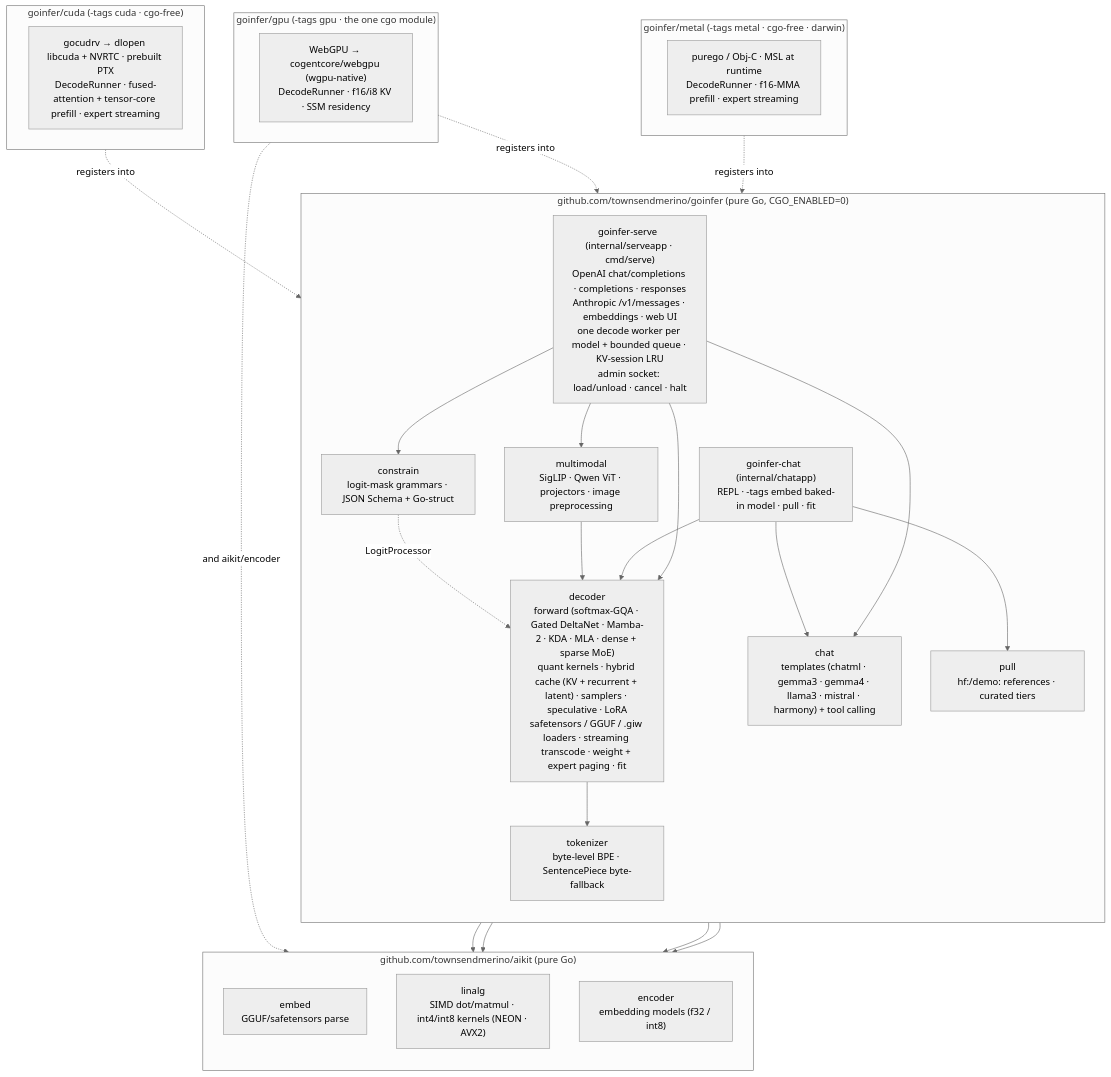
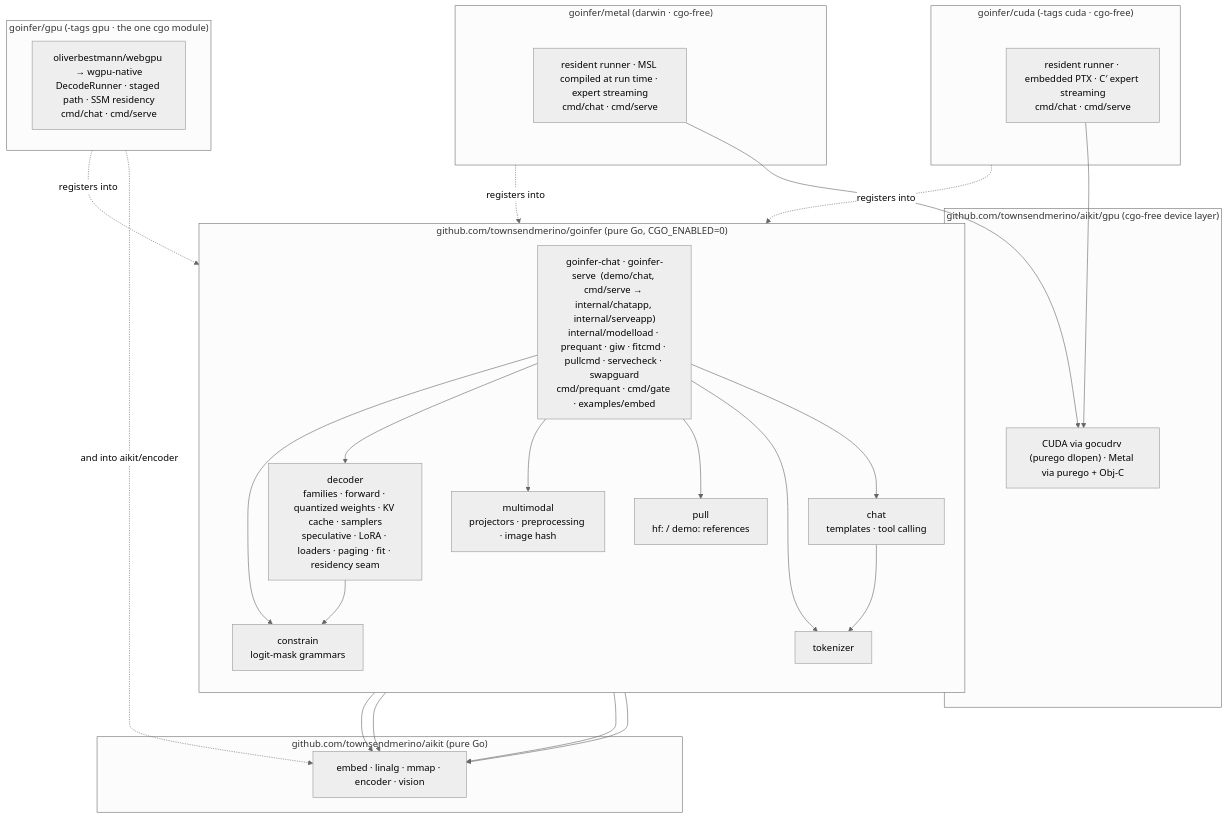
One commit to townsendmerino/goinfer changed the fourth of 4 diagrams in docs/ARCHITECTURE.md. Above: the diagram before and after it, drawn with Mermaid (neutral theme). The commit also changed other lines of this file and 9 other files, not shown here.

````diff
--- a/docs/ARCHITECTURE.md
+++ b/docs/ARCHITECTURE.md
@@ -236,50 +836,46 @@
 ```mermaid
 flowchart TB
-  subgraph GOINFER["github.com/townsendmerino/goinfer  (pure Go, CGO_ENABLED=0)"]
+  subgraph ROOT["github.com/townsendmerino/goinfer  (pure Go, CGO_ENABLED=0)"]
     direction TB
-    DEC["decoder<br/>forward (softmax-GQA · Gated DeltaNet · Mamba-2 · KDA · MLA · dense + sparse MoE)<br/>quant kernels · hybrid cache (KV + recurrent + latent) · samplers · speculative · LoRA<br/>safetensors / GGUF / .giw loaders · streaming transcode · weight + expert paging · fit"]
-    TKN["tokenizer<br/>byte-level BPE · SentencePiece byte-fallback"]
-    CON["constrain<br/>logit-mask grammars · JSON Schema + Go-struct"]
-    CHT["chat<br/>templates (chatml · gemma3 · gemma4 · llama3 · mistral · harmony) + tool calling"]
-    MM["multimodal<br/>SigLIP · Qwen ViT · projectors · image preprocessing"]
-    PULL["pull<br/>hf:/demo: references · curated tiers"]
-    CHAT["goinfer-chat  (internal/chatapp)<br/>REPL · -tags embed baked-in model · pull · fit"]
-    SRV["goinfer-serve  (internal/serveapp · cmd/serve)<br/>OpenAI chat/completions · completions · responses<br/>Anthropic /v1/messages · embeddings · web UI<br/>one decode worker per model + bounded queue · KV-session LRU<br/>admin socket: load/unload · cancel · halt"]
-    DEC --> TKN
-    CON -. "LogitProcessor" .-> DEC
-    MM --> DEC
-    CHAT --> DEC
-    CHAT --> CHT
-    CHAT --> PULL
-    SRV --> DEC
-    SRV --> CHT
-    SRV --> CON
-    SRV --> MM
+    APPS["goinfer-chat · goinfer-serve  (demo/chat, cmd/serve → internal/chatapp, internal/serveapp)<br/>internal/modelload · prequant · giw · fitcmd · pullcmd · servecheck · swapguard<br/>cmd/prequant · cmd/gate · examples/embed"]
+    DEC["decoder<br/>families · forward · quantized weights · KV cache · samplers<br/>speculative · LoRA · loaders · paging · fit · residency seam"]
+    TKN["tokenizer"]
+    CHT["chat<br/>templates · tool calling"]
+    CON["constrain<br/>logit-mask grammars"]
+    MM["multimodal<br/>projectors · preprocessing · image hash"]
+    PULL["pull<br/>hf: / demo: references"]
+    APPS --> DEC
+    APPS --> CHT
+    APPS --> CON
+    APPS --> MM
+    APPS --> PULL
+    APPS --> TKN
+    DEC --> CON
+    CHT --> TKN
   end
-
   subgraph AIKIT["github.com/townsendmerino/aikit  (pure Go)"]
-    direction TB
-    EMBP["embed<br/>GGUF/safetensors parse"]
-    LIN["linalg<br/>SIMD dot/matmul · int4/int8 kernels (NEON · AVX2)"]
-    ENC["encoder<br/>embedding models (f32 / int8)"]
+    AK["embed · linalg · mmap · encoder · vision"]
   end
-
-  DEC --> EMBP
-  DEC --> LIN
-  TKN --> EMBP
-  SRV --> ENC
-
+  subgraph AIKITGPU["github.com/townsendmerino/aikit/gpu  (cgo-free device layer)"]
+    AG["CUDA via gocudrv (purego dlopen) · Metal via purego + Obj-C"]
+  end
   subgraph CUDA["goinfer/cuda  (-tags cuda · cgo-free)"]
-    CU["gocudrv → dlopen libcuda + NVRTC · prebuilt PTX<br/>DecodeRunner · fused-attention + tensor-core prefill · expert streaming"]
+    CU["resident runner · embedded PTX · C′ expert streaming<br/>cmd/chat · cmd/serve"]
   end
-  subgraph METAL["goinfer/metal  (-tags metal · cgo-free · darwin)"]
-    MT["purego / Obj-C · MSL at runtime<br/>DecodeRunner · f16-MMA prefill · expert streaming"]
+  subgraph METAL["goinfer/metal  (darwin · cgo-free)"]
+    MT["resident runner · MSL compiled at run time · expert streaming<br/>cmd/chat · cmd/serve"]
   end
   subgraph GPU["goinfer/gpu  (-tags gpu · the one cgo module)"]
-    WG["WebGPU → cogentcore/webgpu (wgpu-native)<br/>DecodeRunner · f16/i8 KV · SSM residency"]
+    WG["oliverbestmann/webgpu → wgpu-native<br/>DecodeRunner · staged path · SSM residency<br/>cmd/chat · cmd/serve"]
   end
+  DEC --> AK
+  TKN --> AK
+  MM --> AK
+  APPS --> AK
+  CU --> AG
+  MT --> AG
   CUDA -. "registers into" .-> DEC
   METAL -. "registers into" .-> DEC
   GPU -. "registers into" .-> DEC
-  GPU -. "and aikit/encoder" .-> AIKIT
+  GPU -. "and into aikit/encoder" .-> AK
 ```
````
